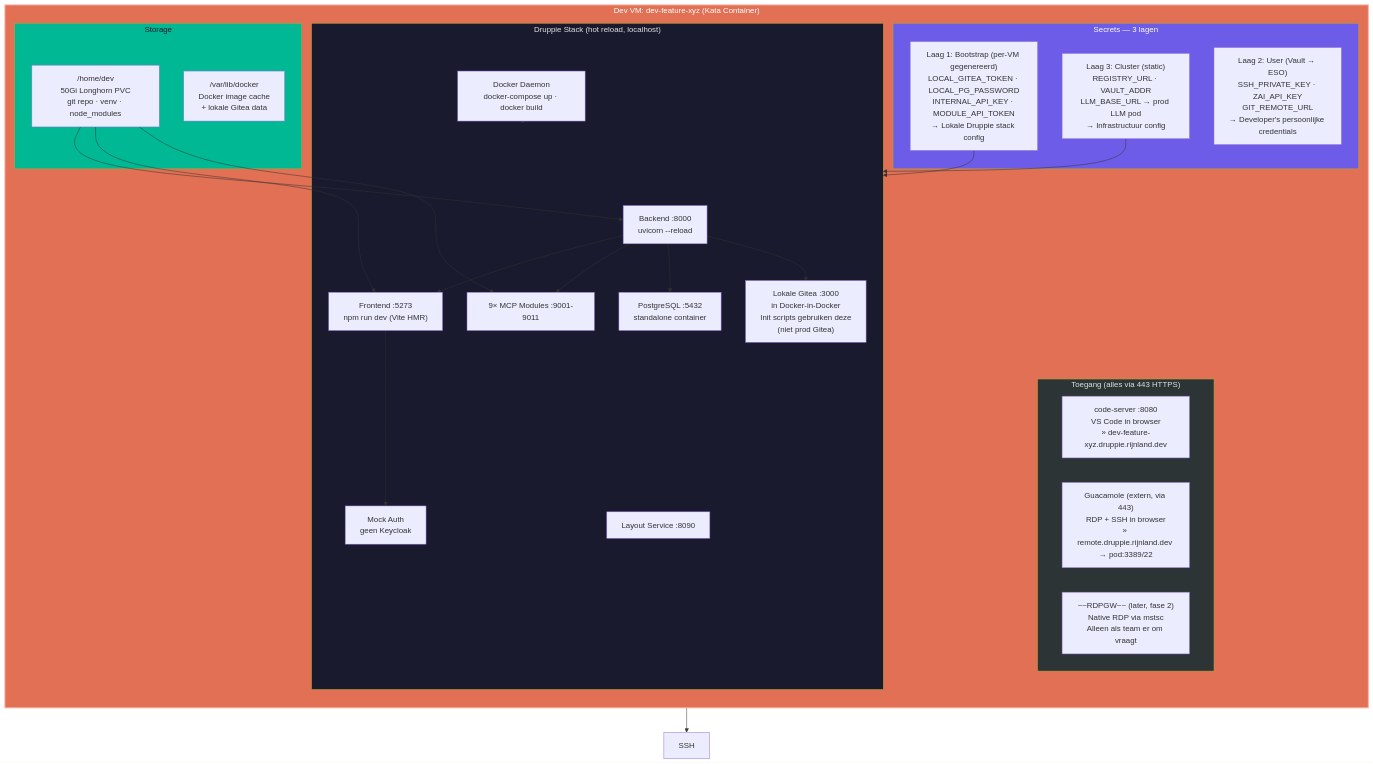
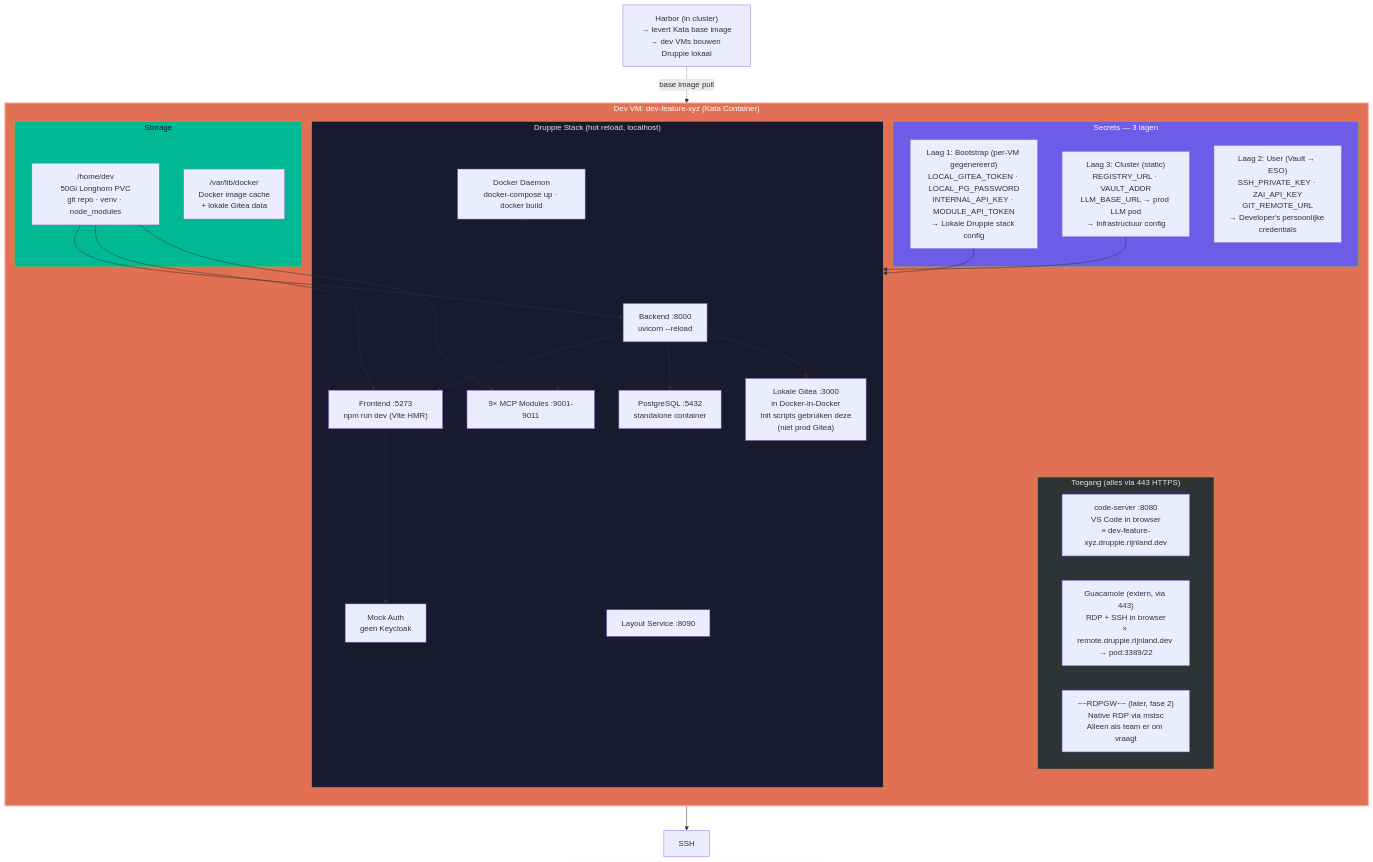
One commit to nuno-git/druppie-fork changed the third of 9 diagrams in docs/dev-environment-architecture.md. Above: the diagram before and after it, drawn with Mermaid. The commit also changed other lines of this file, not shown here.

Commit message:
docs: Harbor serves all environments (prod + colab-dev + dev VM base images)
- Top-level diagram: Harbor arrows naar prod, colab-dev, en Kata pods
- Dev VM close-up: toont Harbor als bron voor base image
- Dev VMs bouwen Druppie stack lokaal (Docker-in-Docker, hot reload)
- Base image (Ubuntu+Python+Node+Docker+code-server+xrdp) komt uit Harbor

````diff
--- a/docs/dev-environment-architecture.md
+++ b/docs/dev-environment-architecture.md
@@ -296,55 +298,59 @@
 ```mermaid
 flowchart TB
     subgraph DevVM["Dev VM: dev-feature-xyz (Kata Container)"]
         direction TB
 
         subgraph Access["Toegang (alles via 443 HTTPS)"]
             CS["code-server :8080<br/>VS Code in browser<br/>» dev-feature-xyz.druppie.rijnland.dev"]
             GUAC["Guacamole (extern, via 443)<br/>RDP + SSH in browser<br/>» remote.druppie.rijnland.dev → pod:3389/22"]
             RDPGW_OPT["~~RDPGW~~ (later, fase 2)<br/>Native RDP via mstsc<br/>Alleen als team er om vraagt"]
         end
 
         subgraph Secrets["Secrets — 3 lagen"]
             SEC_BOOT["Laag 1: Bootstrap (per-VM gegenereerd)<br/>LOCAL_GITEA_TOKEN · LOCAL_PG_PASSWORD<br/>INTERNAL_API_KEY · MODULE_API_TOKEN<br/>→ Lokale Druppie stack config"]
             SEC_USER["Laag 2: User (Vault → ESO)<br/>SSH_PRIVATE_KEY · ZAI_API_KEY<br/>GIT_REMOTE_URL<br/>→ Developer's persoonlijke credentials"]
             SEC_CLUST["Laag 3: Cluster (static)<br/>REGISTRY_URL · VAULT_ADDR<br/>LLM_BASE_URL → prod LLM pod<br/>→ Infrastructuur config"]
         end
 
         subgraph Stack["Druppie Stack (hot reload, localhost)"]
             BE["Backend :8000<br/>uvicorn --reload"]
             FE["Frontend :5273<br/>npm run dev (Vite HMR)"]
             MODULES["9× MCP Modules :9001-9011"]
             LAYOUT["Layout Service :8090"]
             PG["PostgreSQL :5432<br/>standalone container"]
             LOCAL_GITEA["Lokale Gitea :3000<br/>in Docker-in-Docker<br/>Init scripts gebruiken deze<br/>(niet prod Gitea)"]
             AUTH["Mock Auth<br/>geen Keycloak"]
             DIND["Docker Daemon<br/>docker-compose up · docker build"]
         end
 
         subgraph Persistence["Storage"]
             HOME["/home/dev<br/>50Gi Longhorn PVC<br/>git repo · venv · node_modules"]
             CACHE["/var/lib/docker<br/>Docker image cache<br/>+ lokale Gitea data"]
         end
     end
 
+    HARBOR_EXT["Harbor (in cluster)<br/>→ levert Kata base image<br/>→ dev VMs bouwen Druppie lokaal"]
+
+    HARBOR_EXT -.->|"base image pull"| DevVM
+
     SEC_BOOT --> Stack
     SEC_USER --> SSH
     SEC_CLUST --> Stack
 
     BE --> FE
     BE --> MODULES
     BE --> PG
     BE --> LOCAL_GITEA
     FE --> AUTH
     DIND --> Stack
 
     HOME --> BE
     HOME --> FE
     HOME --> MODULES
 
     style DevVM fill:#e17055,color:#ffffff,stroke:#fab1a0,stroke-width:2px
     style Access fill:#2d3436,color:#e0e0e0
     style Secrets fill:#6c5ce7,color:#ffffff
     style Stack fill:#1a1a2e,color:#e0e0e0
     style Persistence fill:#00b894,color:#1a1a2e
 ```
````
